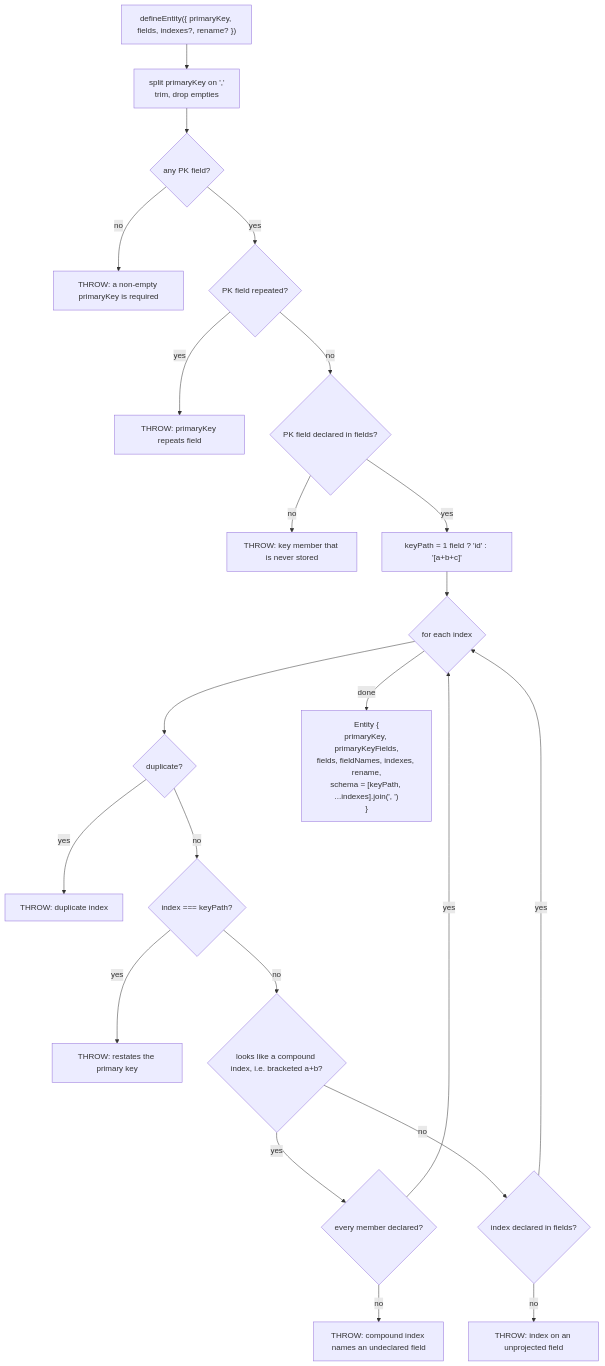
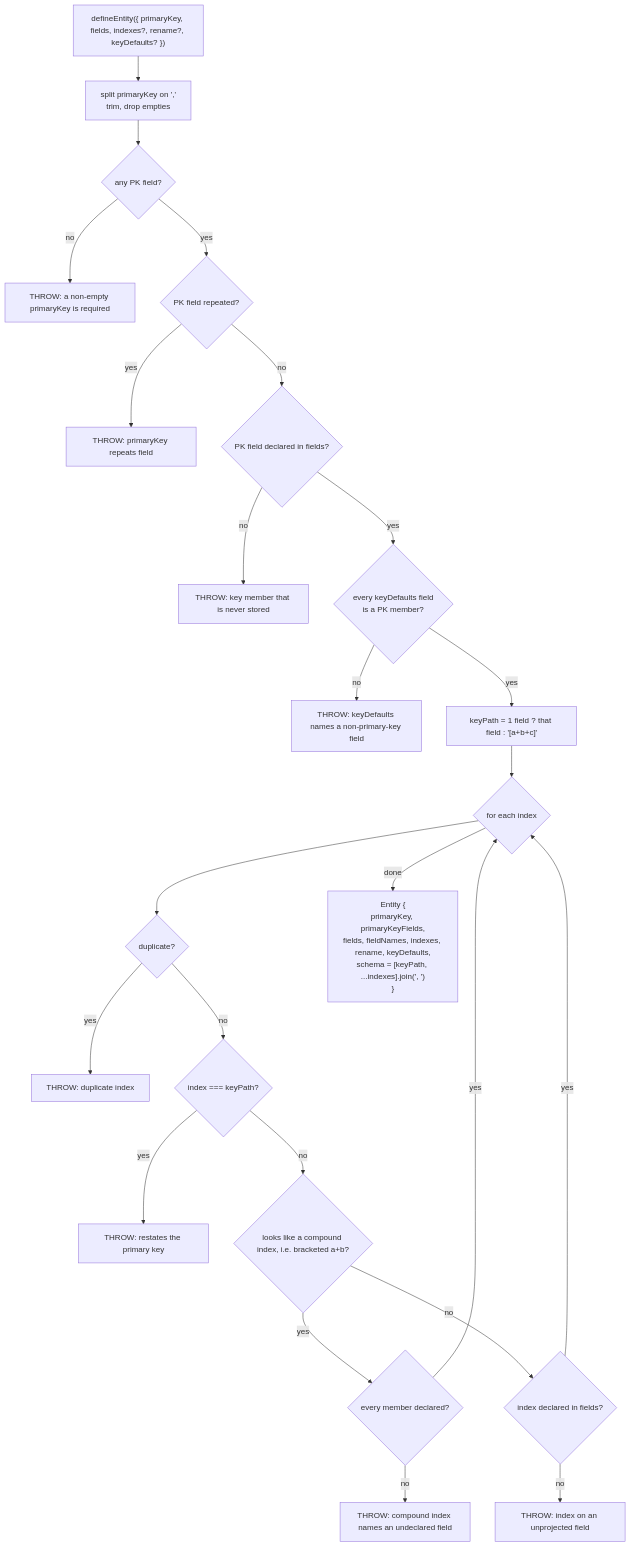
The first of 31 diagrams in docs/APP_DB_SYNC_FLOWS.md (hotwax/accxui), drawn with Mermaid before and after one commit. The commit also changed other lines of this file and 2 other files, not shown here.

````diff
--- a/docs/APP_DB_SYNC_FLOWS.md
+++ b/docs/APP_DB_SYNC_FLOWS.md
@@ -45,24 +45,26 @@
 ```mermaid
 flowchart TD
-    A["defineEntity({ primaryKey, fields, indexes?, rename? })"] --> B["split primaryKey on ','<br/>trim, drop empties"]
+    A["defineEntity({ primaryKey, fields, indexes?, rename?, keyDefaults? })"] --> B["split primaryKey on ','<br/>trim, drop empties"]
     B --> C{"any PK field?"}
     C -- no --> X1["THROW: a non-empty primaryKey is required"]
     C -- yes --> D{"PK field repeated?"}
     D -- yes --> X2["THROW: primaryKey repeats field"]
     D -- no --> E{"PK field declared in fields?"}
     E -- no --> X3["THROW: key member that is never stored"]
-    E -- yes --> F["keyPath = 1 field ? 'id' : '[a+b+c]'"]
+    E -- yes --> KD{"every keyDefaults field<br/>is a PK member?"}
+    KD -- no --> X8["THROW: keyDefaults names a non-primary-key field"]
+    KD -- yes --> F["keyPath = 1 field ? that field : '[a+b+c]'"]
     F --> G{"for each index"}
     G --> H{"duplicate?"}
     H -- yes --> X4["THROW: duplicate index"]
     H -- no --> I{"index === keyPath?"}
     I -- yes --> X5["THROW: restates the primary key"]
     I -- no --> J{"looks like a compound index, i.e. bracketed a+b?"}
     J -- yes --> K{"every member declared?"}
     K -- no --> X6["THROW: compound index names an undeclared field"]
     K -- yes --> G
     J -- no --> L{"index declared in fields?"}
     L -- no --> X7["THROW: index on an unprojected field"]
     L -- yes --> G
-    G -- done --> M["Entity {<br/>primaryKey, primaryKeyFields,<br/>fields, fieldNames, indexes, rename,<br/>schema = [keyPath, ...indexes].join(', ')<br/>}"]
+    G -- done --> M["Entity {<br/>primaryKey, primaryKeyFields,<br/>fields, fieldNames, indexes, rename, keyDefaults,<br/>schema = [keyPath, ...indexes].join(', ')<br/>}"]
 ```
````
